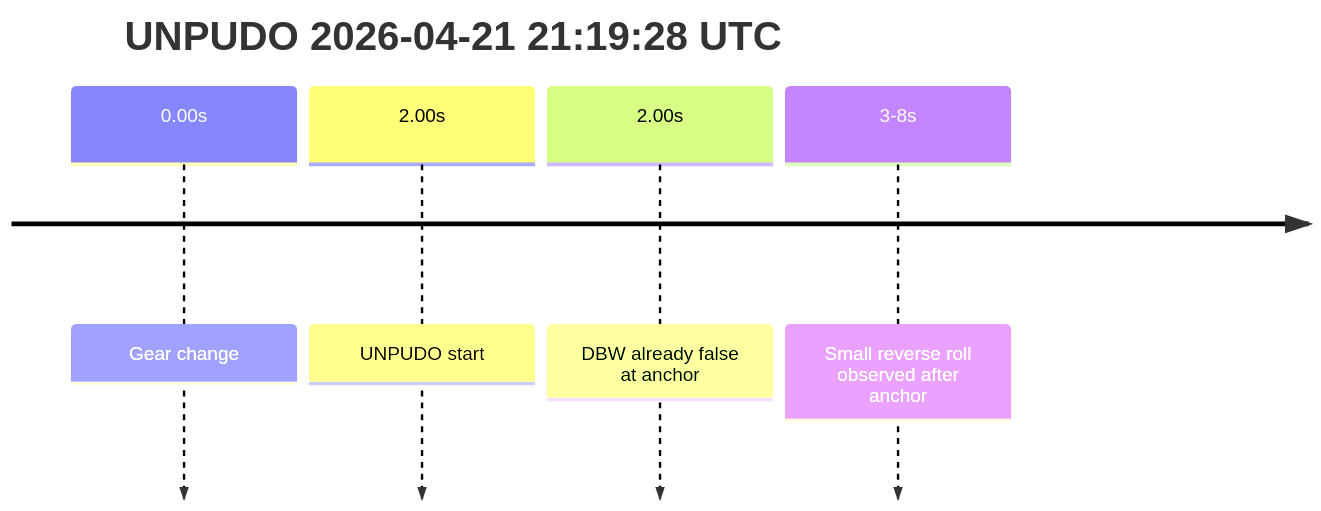
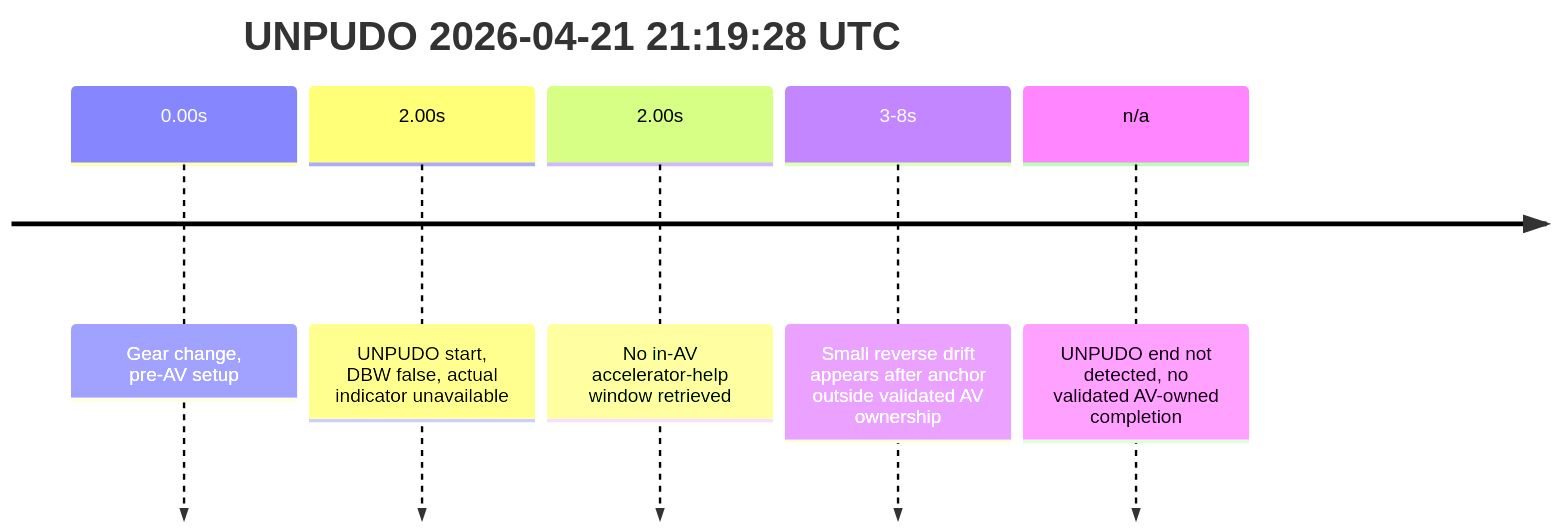
The first of 3 diagrams in model_analysis/report_cards/2026/04/Week-4/fme20031--2026-04-21--20-55-03--gen2-av-6012f067-7eac-4c54-af80-fe1b295980aa.md (yoelshapiro/vault), drawn with Mermaid before and after one commit. The commit also changed other lines of this file and 4 other files, not shown here.

````diff
--- a/model_analysis/report_cards/2026/04/Week-4/fme20031--2026-04-21--20-55-03--gen2-av-6012f067-7eac-4c54-af80-fe1b295980aa.md
+++ b/model_analysis/report_cards/2026/04/Week-4/fme20031--2026-04-21--20-55-03--gen2-av-6012f067-7eac-4c54-af80-fe1b295980aa.md
@@ -31,8 +33,9 @@
 ```mermaid
 timeline
     title UNPUDO 2026-04-21 21:19:28 UTC
-    0.00s : Gear change
-    2.00s : UNPUDO start
-    2.00s : DBW already false at anchor
-    3-8s : Small reverse roll observed after anchor
+    0.00s : Gear change, pre-AV setup
+    2.00s : UNPUDO start, DBW false, actual indicator unavailable
+    2.00s : No in-AV accelerator-help window retrieved
+    3-8s : Small reverse drift appears after anchor outside validated AV ownership
+    n/a : UNPUDO end not detected, no validated AV-owned completion
 ```
````
